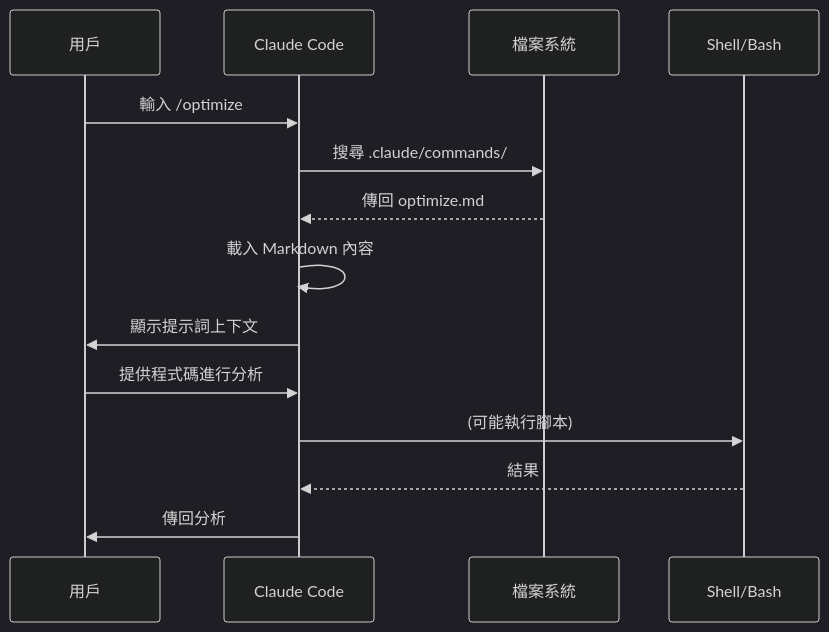
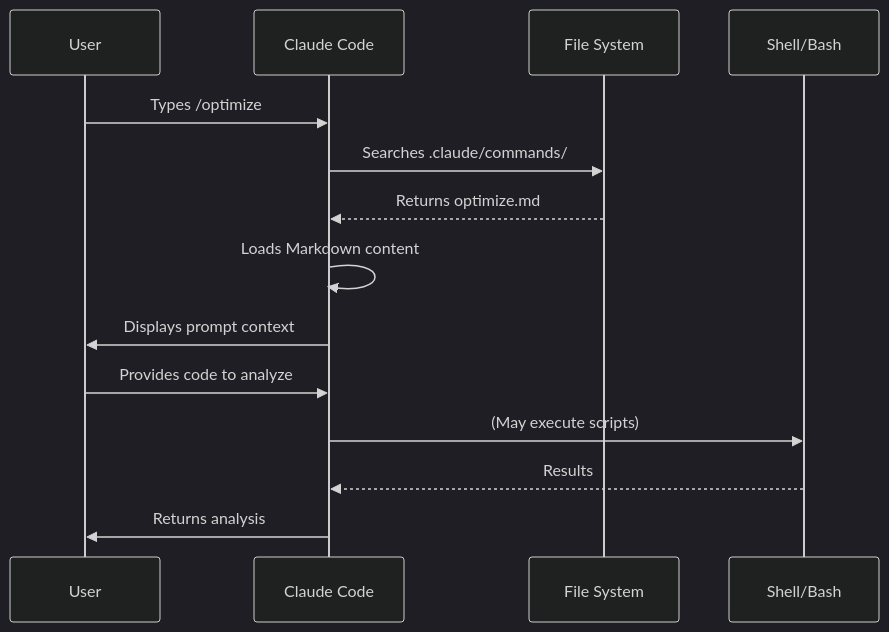
One commit to huckly/claude-howto-zh-tw changed the third of 20 diagrams in claude_concepts_guide.md. Above: the diagram before and after it, drawn with Mermaid (dark theme). The commit also changed other lines of this file and 8 other files, not shown here.

````diff
--- a/claude_concepts_guide.md
+++ b/claude_concepts_guide.md
@@ -172,17 +184,17 @@
 ```mermaid
 sequenceDiagram
-    participant 用戶
+    participant User
     participant Claude as Claude Code
-    participant FS as 檔案系統
+    participant FS as File System
     participant CLI as Shell/Bash
 
-    用戶->>Claude: 輸入 /optimize
-    Claude->>FS: 搜尋 .claude/commands/
-    FS-->>Claude: 傳回 optimize.md
-    Claude->>Claude: 載入 Markdown 內容
-    Claude->>用戶: 顯示提示詞上下文
-    用戶->>Claude: 提供程式碼進行分析
-    Claude->>CLI: (可能執行腳本)
-    CLI-->>Claude: 結果
-    Claude->>用戶: 傳回分析
+    User->>Claude: Types /optimize
+    Claude->>FS: Searches .claude/commands/
+    FS-->>Claude: Returns optimize.md
+    Claude->>Claude: Loads Markdown content
+    Claude->>User: Displays prompt context
+    User->>Claude: Provides code to analyze
+    Claude->>CLI: (May execute scripts)
+    CLI-->>Claude: Results
+    Claude->>User: Returns analysis
 ```
````
